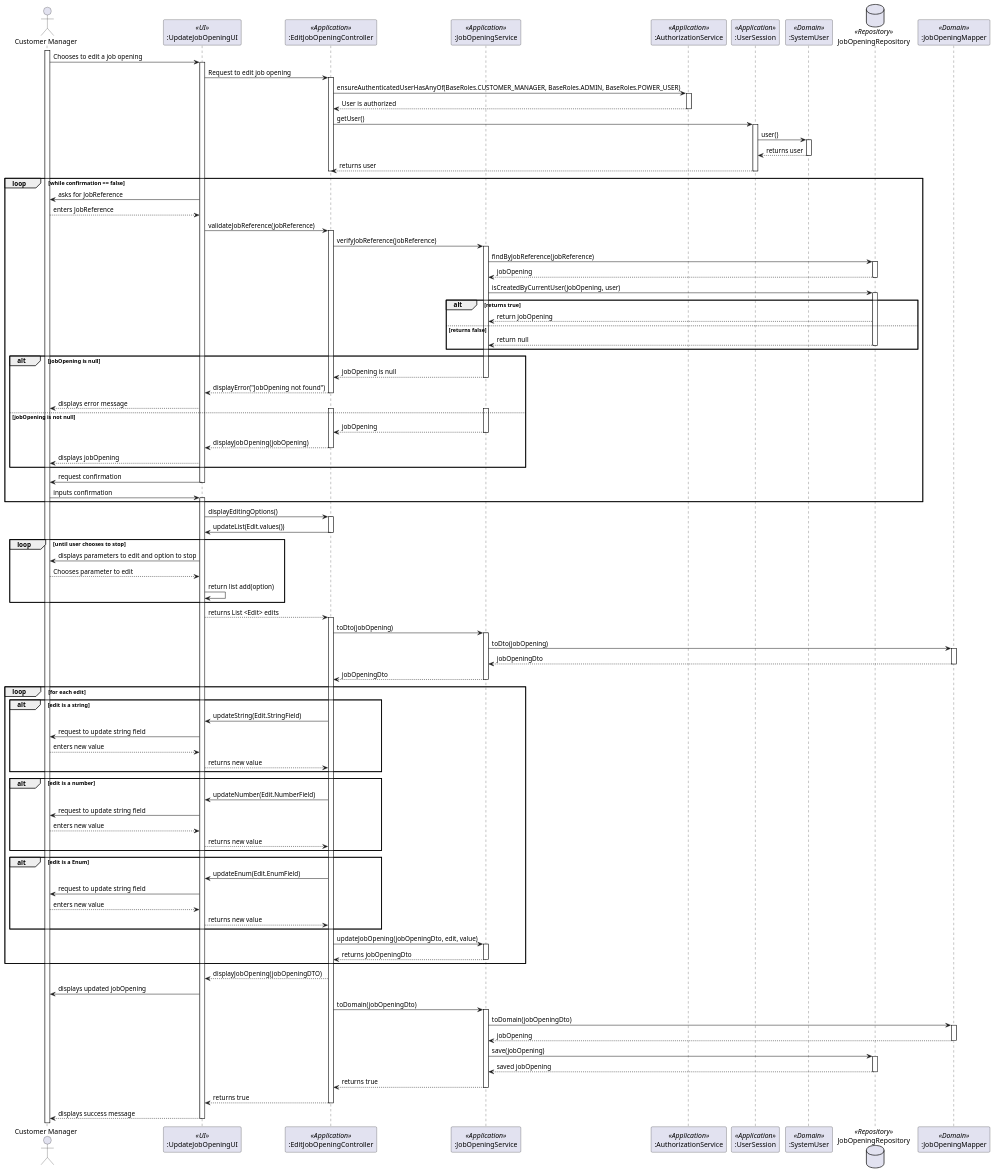
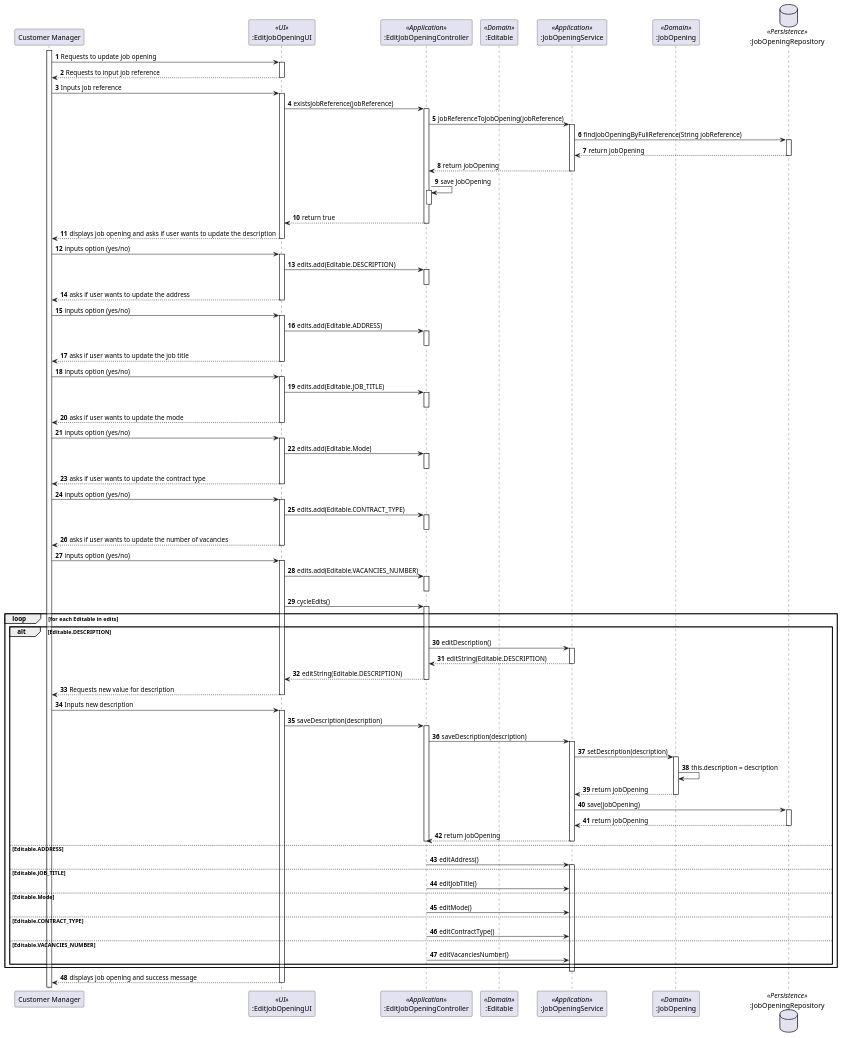
Before and after one commit to marcoferreira37/Lapr4: the diagram in docs/sprintC/1004/puml/1004-sequence-diagram.puml, drawn with PlantUML.

Commit message:
#36 [1004] sd updated , not finalized

```diff
--- a/docs/sprintC/1004/puml/1004-sequence-diagram.puml
+++ b/docs/sprintC/1004/puml/1004-sequence-diagram.puml
@@ -1,158 +1,134 @@
 @startuml
-Actor "Customer Manager" as User
-participant ":UpdateJobOpeningUI" as UI <<UI>>
-participant ":EditJobOpeningController" as Controller <<Application>>
-participant ":JobOpeningService" as JobOpeningService <<Application>>
-
-participant ":AuthorizationService" as Auth <<Application>>
-participant ":UserSession" as UserSession <<Application>>
-participant ":SystemUser" as SystemUser <<Domain>>
-database "JobOpeningRepository" as jobrepo <<Repository>>
-participant ":JobOpeningMapper" as JobOpeningMapper <<Domain>>
+participant "Customer Manager" as u
+participant ":EditJobOpeningUI" as ui <<UI>>
+participant ":EditJobOpeningController" as controller <<Application>>
+participant ":Editable" as editable <<Domain>>
+participant ":JobOpeningService" as service <<Application>>
+participant ":JobOpening" as jobOpening <<Domain>>
+database ":JobOpeningRepository" as repository <<Persistence>>
 
 
-activate User
+autonumber
 
-User -> UI: Chooses to edit a job opening
-activate UI
+activate u
+u -> ui: Requests to update job opening
+activate ui
+ui --> u: Requests to input job reference
+deactivate ui
+u -> ui: Inputs job reference
+activate ui
+ui -> controller: existsJobReference(jobReference)
+activate controller
+controller -> service: jobReferenceToJobOpening(jobReference)
+activate service
+service -> repository: findJobOpeningByFullReference(String jobReference)
+activate repository
+repository --> service: return jobOpening
+deactivate repository
+service --> controller: return jobOpening
+deactivate service
+controller -> controller: save JobOpening
+activate controller
+deactivate controller
+controller --> ui: return true
+deactivate controller
+ui --> u: displays job opening and asks if user wants to update the description
+deactivate ui
+u -> ui: inputs option (yes/no)
+activate ui
 
-UI -> Controller : Request to edit job opening
-activate Controller
+ui -> controller: edits.add(Editable.DESCRIPTION)
+activate controller
+deactivate controller
+ui --> u : asks if user wants to update the address
+deactivate ui
+u -> ui: inputs option (yes/no)
+activate ui
+ui -> controller: edits.add(Editable.ADDRESS)
+activate controller
+deactivate controller
 
-Controller -> Auth : ensureAuthenticatedUserHasAnyOf(BaseRoles.CUSTOMER_MANAGER, BaseRoles.ADMIN, BaseRoles.POWER_USER)
-activate Auth
+ui --> u : asks if user wants to update the job title
+deactivate ui
+u -> ui: inputs option (yes/no)
+activate ui
+ui -> controller: edits.add(Editable.JOB_TITLE)
+activate controller
+deactivate controller
+ui --> u : asks if user wants to update the mode
+deactivate ui
+u -> ui: inputs option (yes/no)
+activate ui
+ui -> controller: edits.add(Editable.Mode)
+activate controller
+deactivate controller
+ui --> u : asks if user wants to update the contract type
+deactivate ui
+u -> ui: inputs option (yes/no)
+activate ui
+ui -> controller: edits.add(Editable.CONTRACT_TYPE)
+activate controller
+deactivate controller
+ui --> u : asks if user wants to update the number of vacancies
+deactivate ui
+u -> ui: inputs option (yes/no)
+activate ui
+ui -> controller: edits.add(Editable.VACANCIES_NUMBER)
+activate controller
+deactivate controller
 
-Auth --> Controller : User is authorized
-deactivate Auth
+ui -> controller: cycleEdits()
 
-Controller -> UserSession : getUser()
-activate UserSession
-UserSession -> SystemUser: user()
-activate SystemUser
-SystemUser --> UserSession: returns user
-deactivate SystemUser
-UserSession --> Controller: returns user
-deactivate UserSession
-deactivate Controller
-loop while confirmation == false
+loop for each Editable in edits
+    alt Editable.DESCRIPTION
+    activate controller
+        controller -> service: editDescription()
+        activate service
+        service --> controller: editString(Editable.DESCRIPTION)
+        deactivate service
+        controller --> ui: editString(Editable.DESCRIPTION)
+        deactivate controller
+        ui --> u: Requests new value for description
+        deactivate ui
+        u -> ui: Inputs new description
+        activate ui
+        ui -> controller: saveDescription(description)
+        activate controller
+        controller -> service: saveDescription(description)
+        activate service
+        service -> jobOpening: setDescription(description)
+        activate jobOpening
+        jobOpening -> jobOpening: this.description = description
+        jobOpening --> service: return jobOpening
+        deactivate jobOpening
+        service -> repository: save(jobOpening)
+        activate repository
+        repository --> service: return jobOpening
+        deactivate repository
+        service --> controller: return jobOpening
+        deactivate service
+        deactivate controller
+    else Editable.ADDRESS
 
-UI -> User: asks for JobReference
-User --> UI: enters JobReference
+        controller -> service: editAddress()
+        activate service
 
-UI -> Controller : validateJobReference(jobReference)
-activate Controller
-Controller -> JobOpeningService: verifyJobReference(jobReference)
-activate JobOpeningService
-JobOpeningService -> jobrepo: findByJobReference(jobReference)
-activate jobrepo
-jobrepo --> JobOpeningService: jobOpening
-deactivate jobrepo
-JobOpeningService -> jobrepo: isCreatedByCurrentUser(jobOpening, user)
-activate jobrepo
-alt returns true
-jobrepo --> JobOpeningService: return jobOpening
+    else Editable.JOB_TITLE
+        controller -> service: editJobTitle()
+    else Editable.Mode
+        controller -> service: editMode()
+    else Editable.CONTRACT_TYPE
+        controller -> service: editContractType()
+    else Editable.VACANCIES_NUMBER
+        controller -> service: editVacanciesNumber()
+    end
 
-else returns false
-jobrepo --> JobOpeningService: return null
-deactivate jobrepo
 end
-alt jobOpening is null
-JobOpeningService --> Controller: jobOpening is null
-deactivate JobOpeningService
-Controller --> UI: displayError("JobOpening not found")
-deactivate Controller
-UI --> User: displays error message
-else jobOpening is not null
-activate JobOpeningService
-activate Controller
-JobOpeningService --> Controller: jobOpening
-deactivate JobOpeningService
+deactivate service
+deactivate controller
+ui --> u: displays job opening and success message
+deactivate ui
 
-Controller --> UI: displayJobOpening(jobOpening)
-deactivate Controller
-UI --> User: displays jobOpening
-end
-UI -> User: request confirmation
-deactivate UI
-User -> UI: inputs confirmation
-activate UI
-end
-UI -> Controller: displayEditingOptions()
-activate Controller
 
-Controller -> UI : updateList(Edit.values())
-deactivate Controller
-loop until user chooses to stop
-UI -> User : displays parameters to edit and option to stop
-User --> UI : Chooses parameter to edit
-UI -> UI: return list add(option)
-end
-UI --> Controller : returns List <Edit> edits
-activate Controller
 
-Controller -> JobOpeningService : toDto(jobOpening)
-activate JobOpeningService
-
- JobOpeningService -> JobOpeningMapper: toDto(jobOpening)
- activate JobOpeningMapper
-
- JobOpeningMapper --> JobOpeningService: jobOpeningDto
- deactivate JobOpeningMapper
-
- JobOpeningService --> Controller: jobOpeningDto
-  deactivate JobOpeningService
-
-loop for each edit
-
-alt edit is a string
-Controller -> UI : updateString(Edit.StringField)
-UI -> User : request to update string field
-User --> UI : enters new value
-UI --> Controller : returns new value
-end
-
-alt edit is a number
-Controller -> UI : updateNumber(Edit.NumberField)
-UI -> User : request to update string field
-User --> UI : enters new value
-UI --> Controller : returns new value
-end
-
-alt edit is a Enum
-Controller -> UI : updateEnum(Edit.EnumField)
-UI -> User : request to update string field
-User --> UI : enters new value
-UI --> Controller : returns new value
-end
-
-Controller -> JobOpeningService : updateJobOpening(jobOpeningDto, edit, value)
-activate JobOpeningService
-
-JobOpeningService --> Controller : returns jobOpeningDto
-deactivate JobOpeningService
-end
-
-Controller --> UI : displayJobOpening(jobOpeningDTO)
-
-UI -> User : displays updated jobOpening
-
-Controller -> JobOpeningService : toDomain(jobOpeningDto)
-activate JobOpeningService
-
-JobOpeningService -> JobOpeningMapper: toDomain(jobOpeningDto)
-activate JobOpeningMapper
-
- JobOpeningMapper --> JobOpeningService: jobOpening
-deactivate JobOpeningMapper
-
- JobOpeningService -> jobrepo: save(jobOpening)
- activate jobrepo
- jobrepo --> JobOpeningService: saved jobOpening
-deactivate jobrepo
-JobOpeningService --> Controller: returns true
-deactivate JobOpeningService
-Controller --> UI : returns true
-deactivate Controller
-UI --> User : displays success message
-deactivate UI
 @enduml
```
